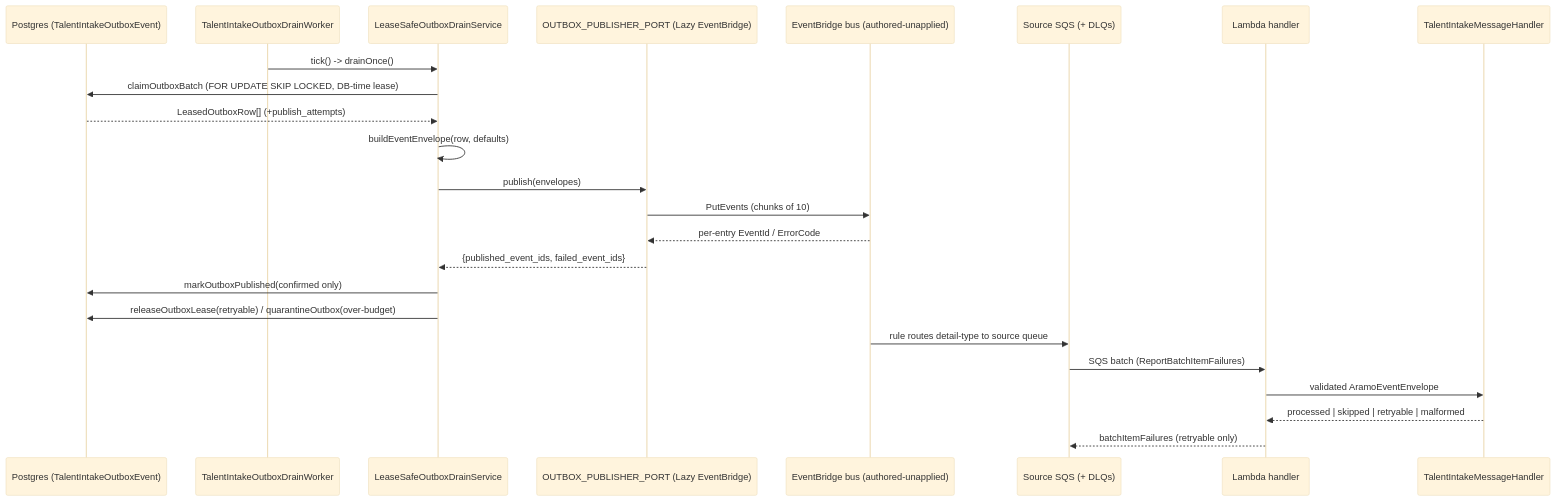
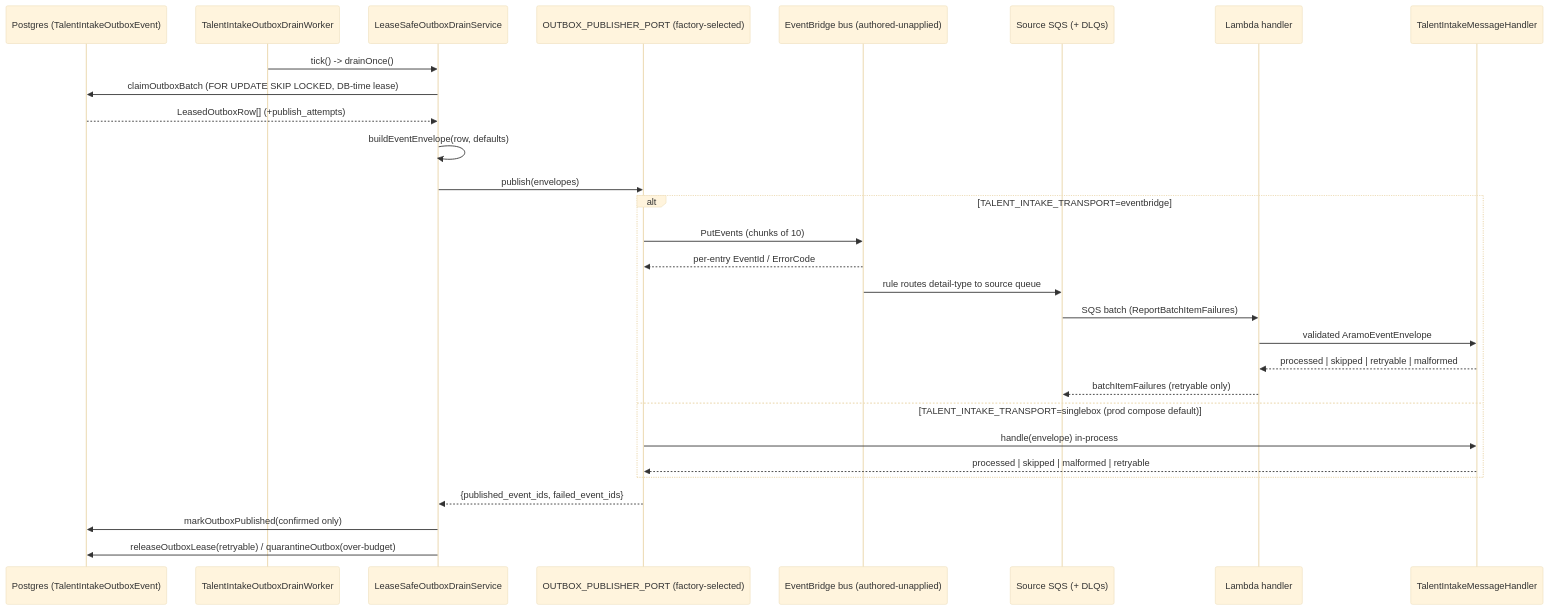
One commit to astreinc/aramo-platform changed the first of 4 diagrams in doc/recon/as-built/D14-cross-cutting-platform-integrations.md. Above: the diagram before and after it, drawn with Mermaid (base theme). The commit also changed other lines of this file and 59 other files, not shown here.

````diff
--- a/doc/recon/as-built/D14-cross-cutting-platform-integrations.md
+++ b/doc/recon/as-built/D14-cross-cutting-platform-integrations.md
@@ -107,27 +186,32 @@
 ```mermaid
 sequenceDiagram
     participant DB as Postgres (TalentIntakeOutboxEvent)
     participant W as TalentIntakeOutboxDrainWorker
     participant D as LeaseSafeOutboxDrainService
-    participant P as OUTBOX_PUBLISHER_PORT (Lazy EventBridge)
+    participant P as OUTBOX_PUBLISHER_PORT (factory-selected)
     participant EB as EventBridge bus (authored-unapplied)
     participant Q as Source SQS (+ DLQs)
     participant L as Lambda handler
     participant H as TalentIntakeMessageHandler
 
     W->>D: tick() -> drainOnce()
     D->>DB: claimOutboxBatch (FOR UPDATE SKIP LOCKED, DB-time lease)
     DB-->>D: LeasedOutboxRow[] (+publish_attempts)
     D->>D: buildEventEnvelope(row, defaults)
     D->>P: publish(envelopes)
-    P->>EB: PutEvents (chunks of 10)
-    EB-->>P: per-entry EventId / ErrorCode
+    alt TALENT_INTAKE_TRANSPORT=eventbridge
+      P->>EB: PutEvents (chunks of 10)
+      EB-->>P: per-entry EventId / ErrorCode
+      EB->>Q: rule routes detail-type to source queue
+      Q->>L: SQS batch (ReportBatchItemFailures)
+      L->>H: validated AramoEventEnvelope
+      H-->>L: processed | skipped | retryable | malformed
+      L-->>Q: batchItemFailures (retryable only)
+    else TALENT_INTAKE_TRANSPORT=singlebox (prod compose default)
+      P->>H: handle(envelope) in-process
+      H-->>P: processed | skipped | malformed | retryable
+    end
     P-->>D: {published_event_ids, failed_event_ids}
     D->>DB: markOutboxPublished(confirmed only)
     D->>DB: releaseOutboxLease(retryable) / quarantineOutbox(over-budget)
-    EB->>Q: rule routes detail-type to source queue
-    Q->>L: SQS batch (ReportBatchItemFailures)
-    L->>H: validated AramoEventEnvelope
-    H-->>L: processed | skipped | retryable | malformed
-    L-->>Q: batchItemFailures (retryable only)
 ```
````
